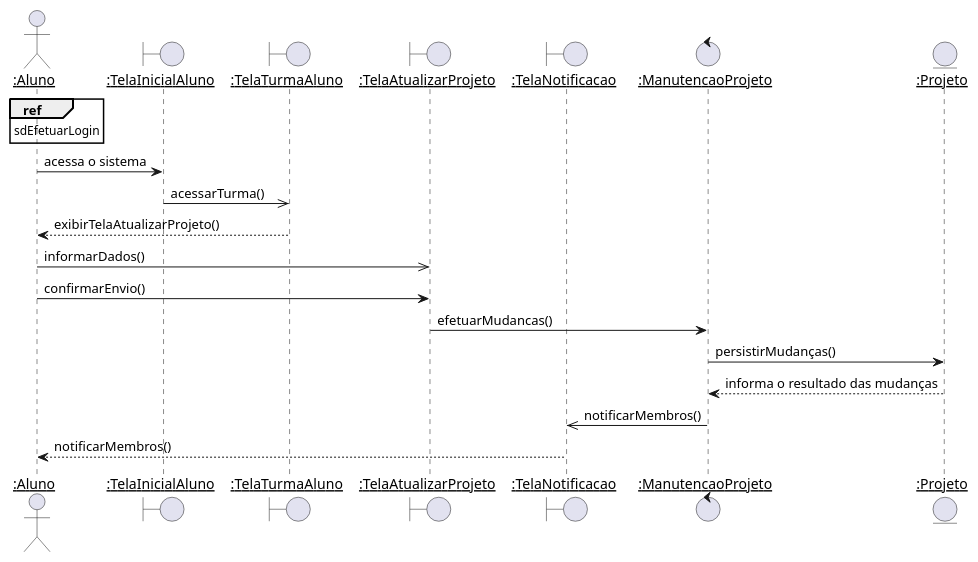
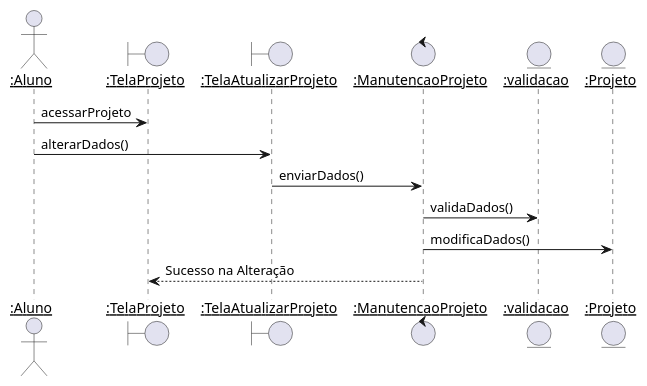
Before and after one commit to Pedro-V/projetorium: the diagram in diagramas/sequencia/alterar_projeto.puml, drawn with PlantUML. The commit also changed 1 other file, not shown here.

```diff
--- a/diagramas/sequencia/alterar_projeto.puml
+++ b/diagramas/sequencia/alterar_projeto.puml
@@ -1,25 +1,20 @@
-@startuml
+@startuml alterar_projeto
 skinparam sequenceParticipant underline
 
 actor ":Aluno" as Aluno
-boundary ":TelaInicialAluno" as TelaInicialAluno
-boundary ":TelaTurmaAluno" as TelaTurmaAluno
+boundary ":TelaProjeto" as TelaProjeto
 boundary ":TelaAtualizarProjeto" as TelaAtualizarProjeto
-boundary ":TelaNotificacao" as TelaNotificacao
 control ":ManutencaoProjeto" as ManutencaoProjeto
+entity ":validacao" as validacao
 entity ":Projeto" as Projeto
 
-ref over Aluno : sdEfetuarLogin
 
-Aluno -> TelaInicialAluno : acessa o sistema
-TelaInicialAluno ->> TelaTurmaAluno : acessarTurma()
-TelaTurmaAluno --> Aluno : exibirTelaAtualizarProjeto()
-Aluno ->> TelaAtualizarProjeto : informarDados()
-Aluno -> TelaAtualizarProjeto : confirmarEnvio()
+Aluno -> TelaProjeto : acessarProjeto
+Aluno -> TelaAtualizarProjeto : alterarDados()
 
-TelaAtualizarProjeto -> ManutencaoProjeto : efetuarMudancas()
-ManutencaoProjeto -> Projeto : persistirMudanças()
-Projeto --> ManutencaoProjeto : informa o resultado das mudanças
-ManutencaoProjeto ->> TelaNotificacao : notificarMembros()
-TelaNotificacao --> Aluno : notificarMembros()
+TelaAtualizarProjeto -> ManutencaoProjeto : enviarDados()
+ManutencaoProjeto -> validacao: validaDados()
+ManutencaoProjeto -> Projeto : modificaDados()
+ManutencaoProjeto --> TelaProjeto: Sucesso na Alteração
+
 @enduml
```
